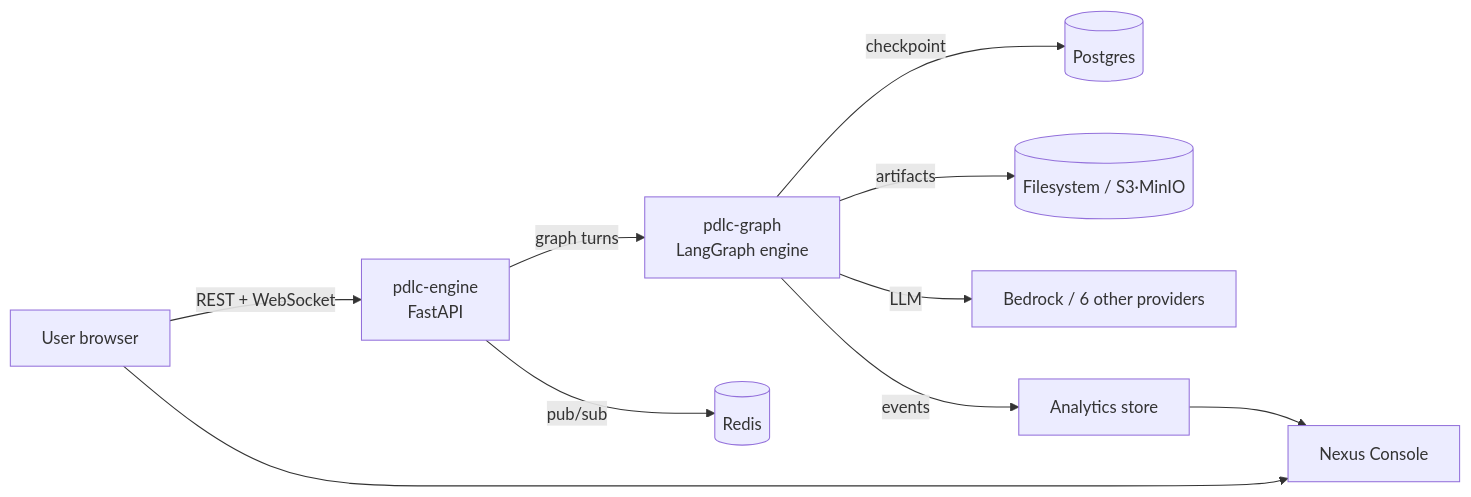
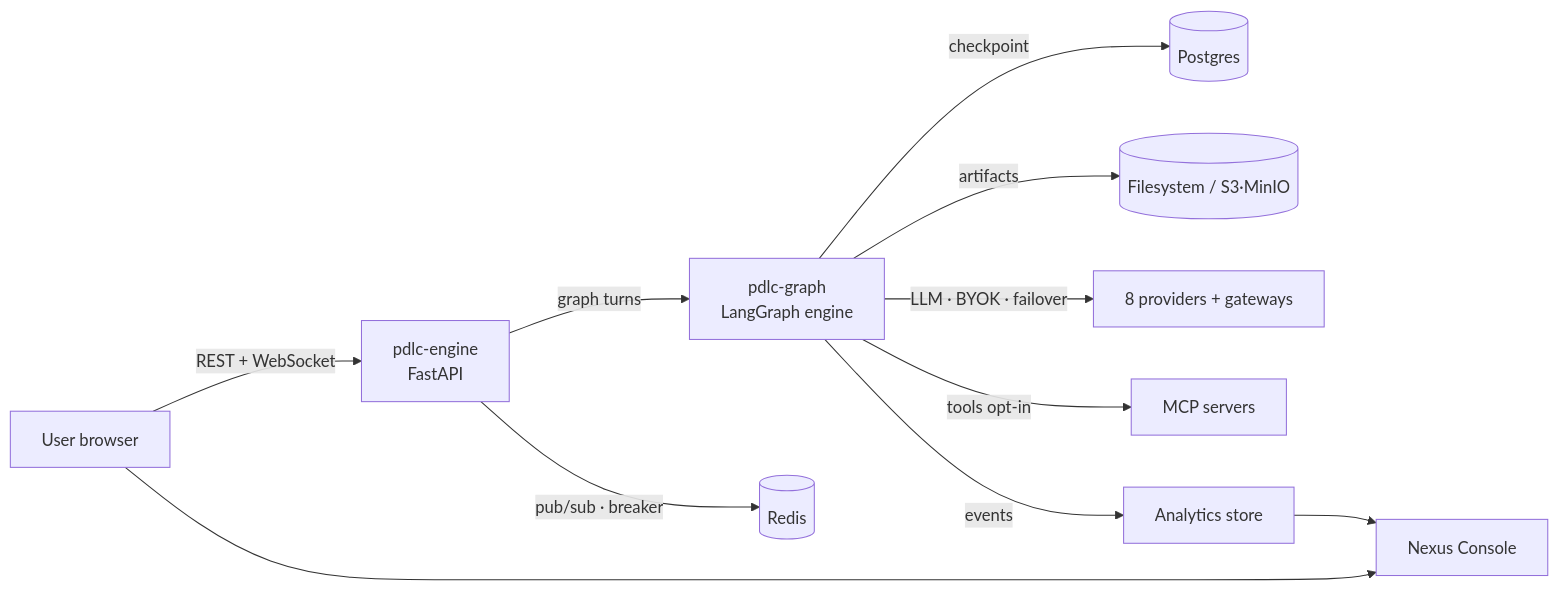
Before and after one commit to pdlc-os/pdlcflow: the diagram in docs/wiki/README.md, drawn with Mermaid. The commit also changed other lines of this file and 5 other files, not shown here.

````diff
--- a/docs/wiki/README.md
+++ b/docs/wiki/README.md
@@ -12,12 +14,13 @@
 ```mermaid
 graph LR
   U[User browser] -->|REST + WebSocket| ENG[pdlc-engine<br/>FastAPI]
   ENG -->|graph turns| GRAPH[pdlc-graph<br/>LangGraph engine]
   GRAPH -->|checkpoint| PG[(Postgres)]
-  ENG -->|pub/sub| RED[(Redis)]
+  ENG -->|pub/sub · breaker| RED[(Redis)]
   GRAPH -->|artifacts| OBJ[(Filesystem / S3·MinIO)]
-  GRAPH -->|LLM| LLM[Bedrock / 6 other providers]
+  GRAPH -->|LLM · BYOK · failover| LLM[8 providers + gateways]
+  GRAPH -->|tools opt-in| MCP[MCP servers]
   GRAPH -->|events| AN[Analytics store]
   AN --> NEXUS[Nexus Console]
   U --> NEXUS
 ```
````
